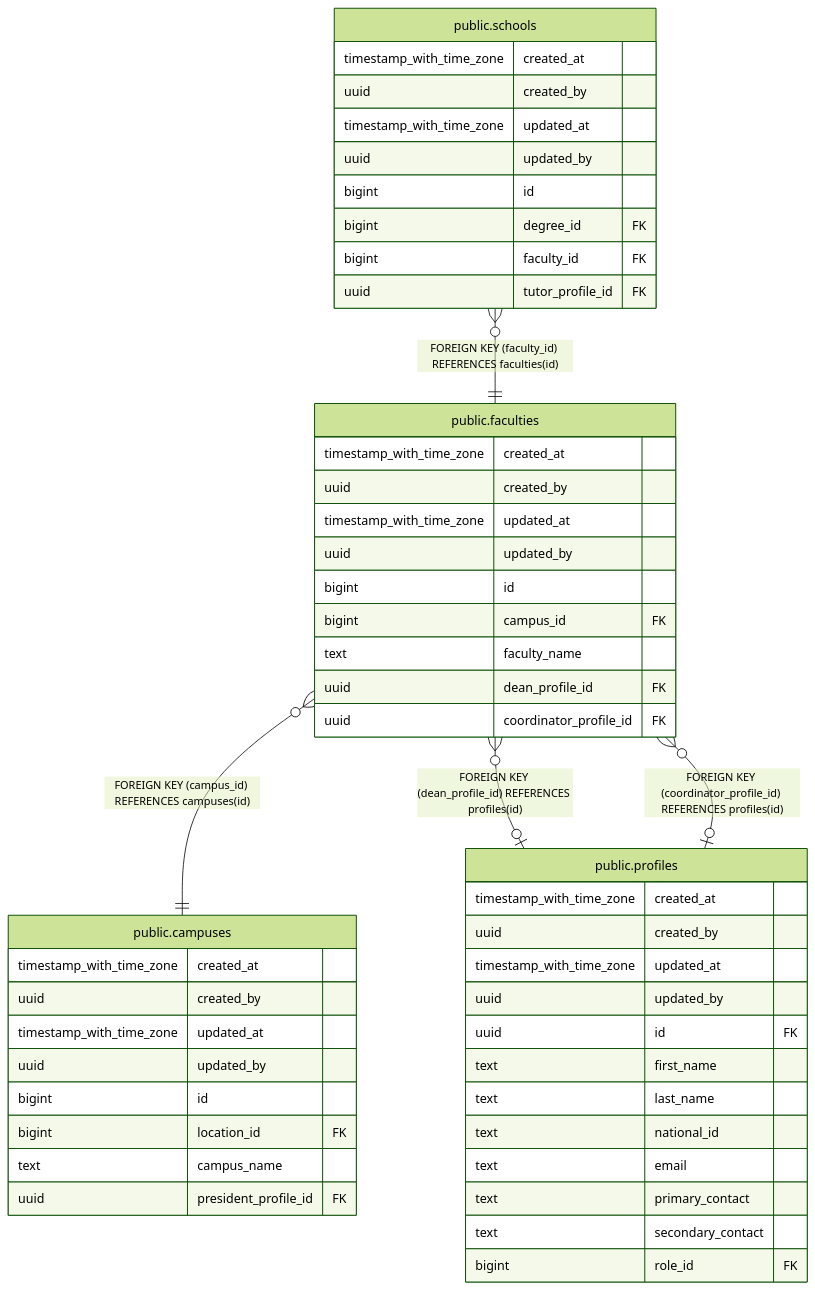
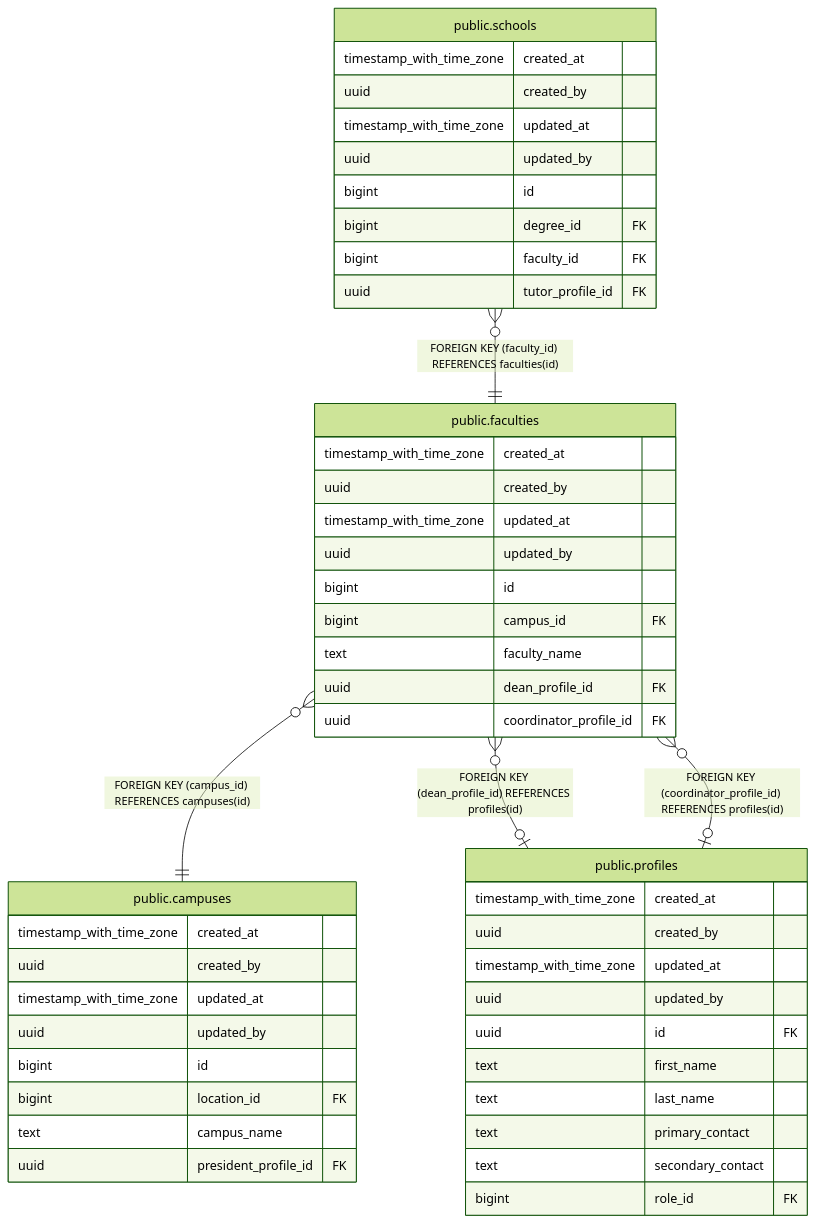
One commit to icristianhernandez/academic-service-backend changed the diagram in docs/db/tbls/public.faculties.md. Above: the diagram before and after it, drawn with Mermaid (forest theme). The commit also changed 23 other files, not shown here.

First line of the commit message:
chore: remove profiles national_id/email, add test seed

````diff
--- a/docs/db/tbls/public.faculties.md
+++ b/docs/db/tbls/public.faculties.md
@@ -45,54 +45,52 @@
 ```mermaid
 erDiagram
 
 "public.schools" }o--|| "public.faculties" : "FOREIGN KEY (faculty_id) REFERENCES faculties(id)"
 "public.faculties" }o--|| "public.campuses" : "FOREIGN KEY (campus_id) REFERENCES campuses(id)"
 "public.faculties" }o--o| "public.profiles" : "FOREIGN KEY (dean_profile_id) REFERENCES profiles(id)"
 "public.faculties" }o--o| "public.profiles" : "FOREIGN KEY (coordinator_profile_id) REFERENCES profiles(id)"
 
 "public.faculties" {
   timestamp_with_time_zone created_at ""
   uuid created_by ""
   timestamp_with_time_zone updated_at ""
   uuid updated_by ""
   bigint id ""
   bigint campus_id FK ""
   text faculty_name ""
   uuid dean_profile_id FK ""
   uuid coordinator_profile_id FK ""
 }
 "public.schools" {
   timestamp_with_time_zone created_at ""
   uuid created_by ""
   timestamp_with_time_zone updated_at ""
   uuid updated_by ""
   bigint id ""
   bigint degree_id FK ""
   bigint faculty_id FK ""
   uuid tutor_profile_id FK ""
 }
 "public.campuses" {
   timestamp_with_time_zone created_at ""
   uuid created_by ""
   timestamp_with_time_zone updated_at ""
   uuid updated_by ""
   bigint id ""
   bigint location_id FK ""
   text campus_name ""
   uuid president_profile_id FK ""
 }
 "public.profiles" {
   timestamp_with_time_zone created_at ""
   uuid created_by ""
   timestamp_with_time_zone updated_at ""
   uuid updated_by ""
   uuid id FK ""
   text first_name ""
   text last_name ""
-  text national_id ""
-  text email ""
   text primary_contact ""
   text secondary_contact ""
   bigint role_id FK ""
 }
 ```
````
